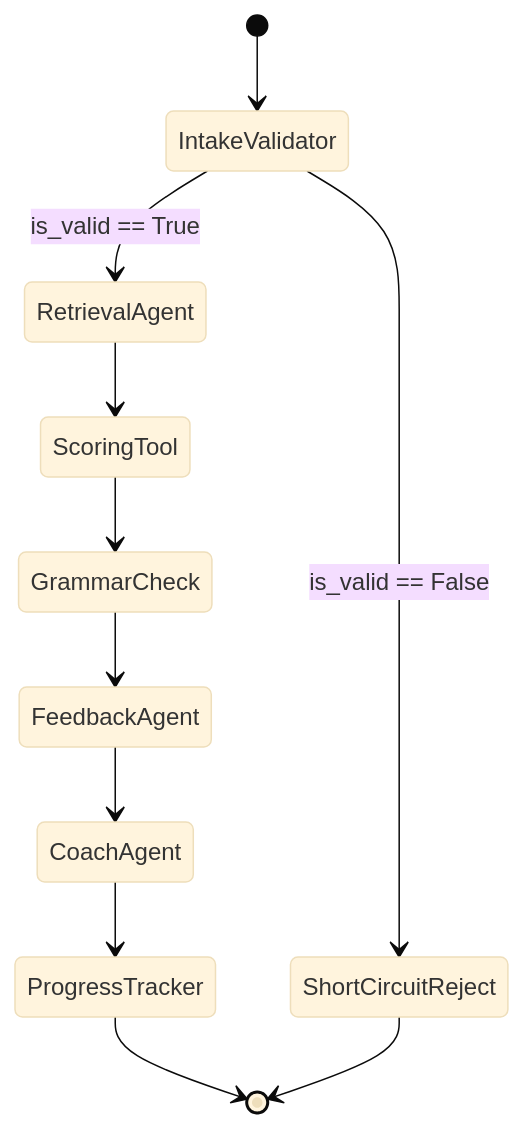
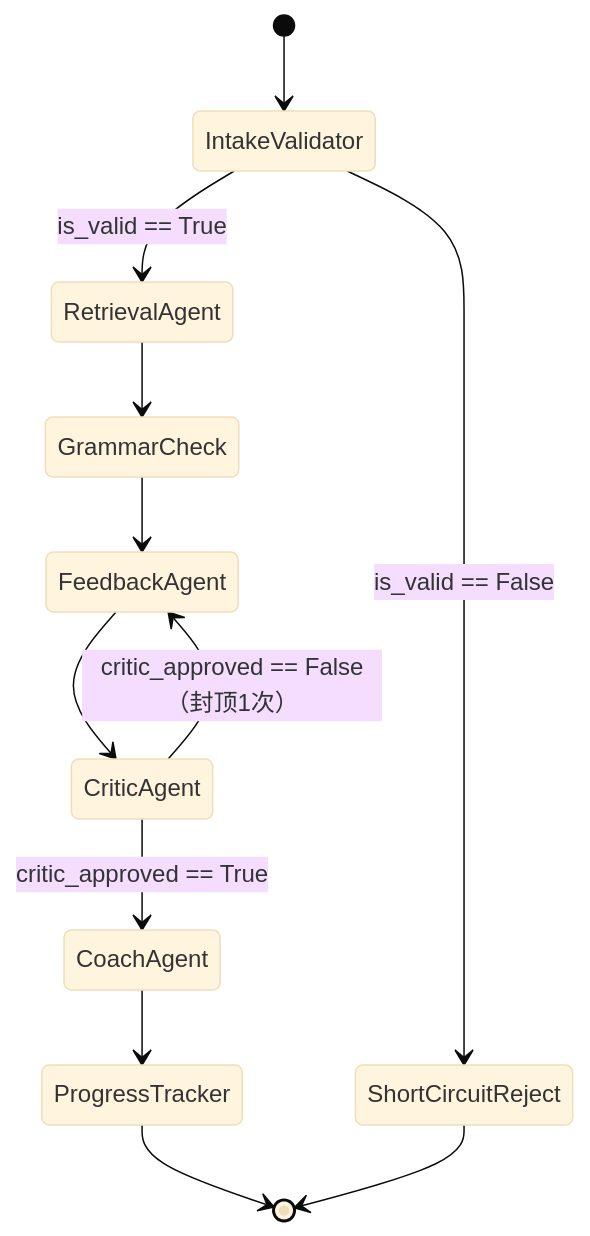
Before and after one commit to EthanTian05/Huibi: the second of 2 diagrams in Docs/01-系统架构与Agent设计.md, drawn with Mermaid (base theme). The commit also changed other lines of this file and 8 other files, not shown here.

````diff
--- a/Docs/01-系统架构与Agent设计.md
+++ b/Docs/01-系统架构与Agent设计.md
@@ -74,13 +88,14 @@
 ```mermaid
 stateDiagram-v2
     [*] --> IntakeValidator
     IntakeValidator --> ShortCircuitReject: is_valid == False
     IntakeValidator --> RetrievalAgent: is_valid == True
-    RetrievalAgent --> ScoringTool
-    ScoringTool --> GrammarCheck
+    RetrievalAgent --> GrammarCheck
     GrammarCheck --> FeedbackAgent
-    FeedbackAgent --> CoachAgent
+    FeedbackAgent --> CriticAgent
+    CriticAgent --> FeedbackAgent: critic_approved == False（封顶1次）
+    CriticAgent --> CoachAgent: critic_approved == True
     CoachAgent --> ProgressTracker
     ProgressTracker --> [*]
     ShortCircuitReject --> [*]
 ```
````
